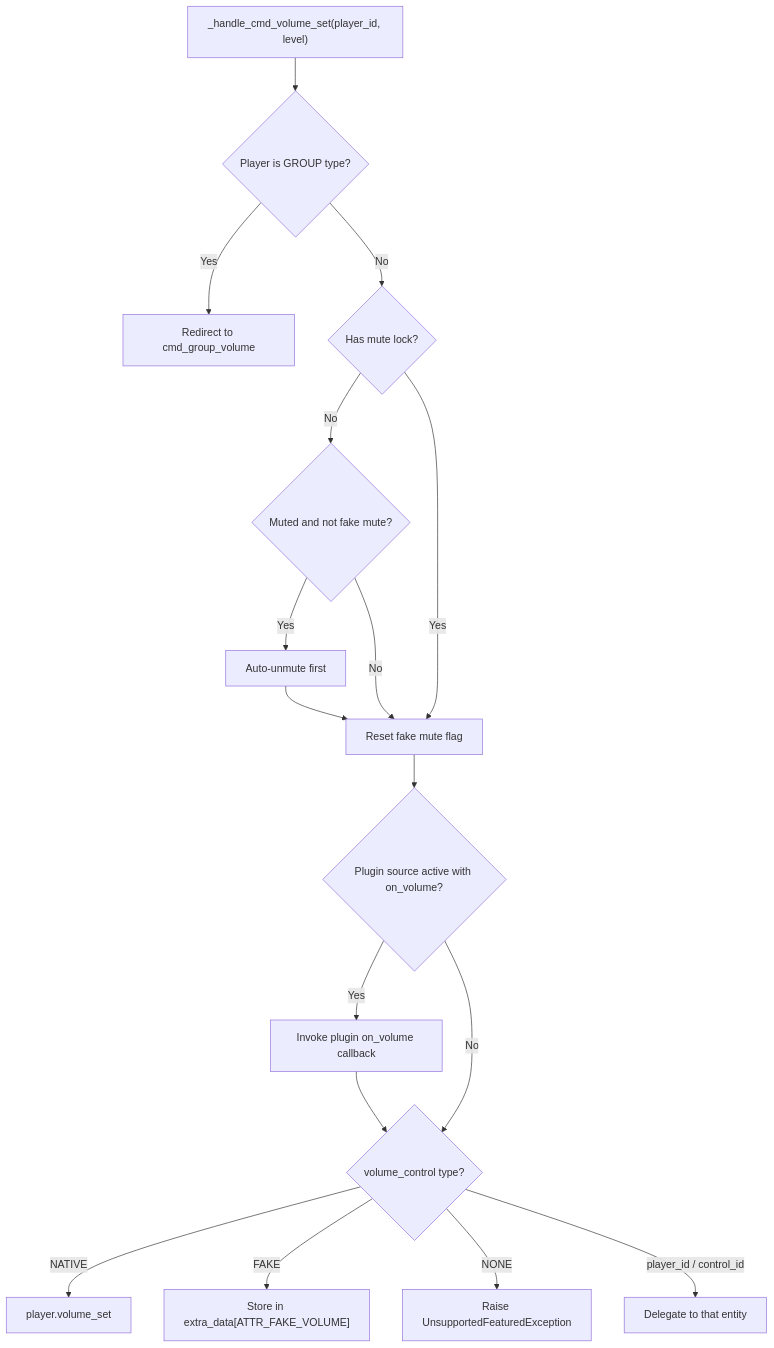
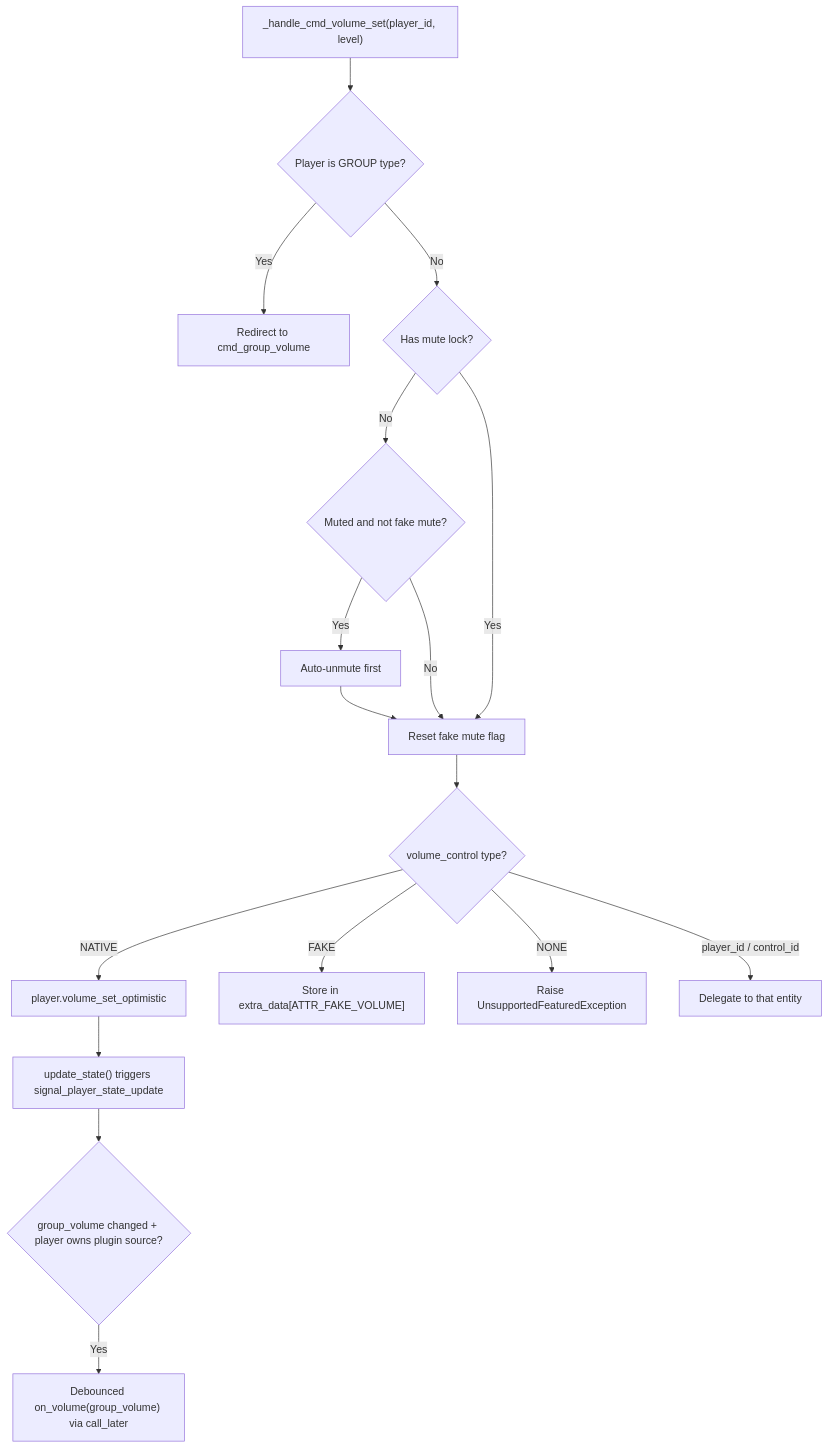
One commit to theturtle32/music-assistant-server changed the first of 2 diagrams in docs/architecture/07-volume.md. Above: the diagram before and after it, drawn with Mermaid. The commit also changed other lines of this file and 8 other files, not shown here.

First line of the commit message:
Fix plugin volume feedback loop with reactive notifications

````diff
--- a/docs/architecture/07-volume.md
+++ b/docs/architecture/07-volume.md
@@ -11,19 +11,19 @@
 ```mermaid
 flowchart TD
     A["_handle_cmd_volume_set(player_id, level)"] --> B{Player is GROUP type?}
     B -- Yes --> C[Redirect to cmd_group_volume]
     B -- No --> D{Has mute lock?}
     D -- No --> E{Muted and not fake mute?}
     E -- Yes --> F[Auto-unmute first]
     E -- No --> G[Reset fake mute flag]
     D -- Yes --> G
     F --> G
-    G --> H{Plugin source active with on_volume?}
-    H -- Yes --> I[Invoke plugin on_volume callback]
-    H -- No --> J{volume_control type?}
-    I --> J
-    J -- NATIVE --> K[player.volume_set]
+    G --> J{volume_control type?}
+    J -- NATIVE --> K[player.volume_set_optimistic]
     J -- FAKE --> L["Store in extra_data[ATTR_FAKE_VOLUME]"]
     J -- NONE --> M[Raise UnsupportedFeaturedException]
     J -- "player_id / control_id" --> N[Delegate to that entity]
+    K --> O["update_state() triggers signal_player_state_update"]
+    O --> P{"group_volume changed + player owns plugin source?"}
+    P -- Yes --> Q["Debounced on_volume(group_volume) via call_later"]
 ```
````
